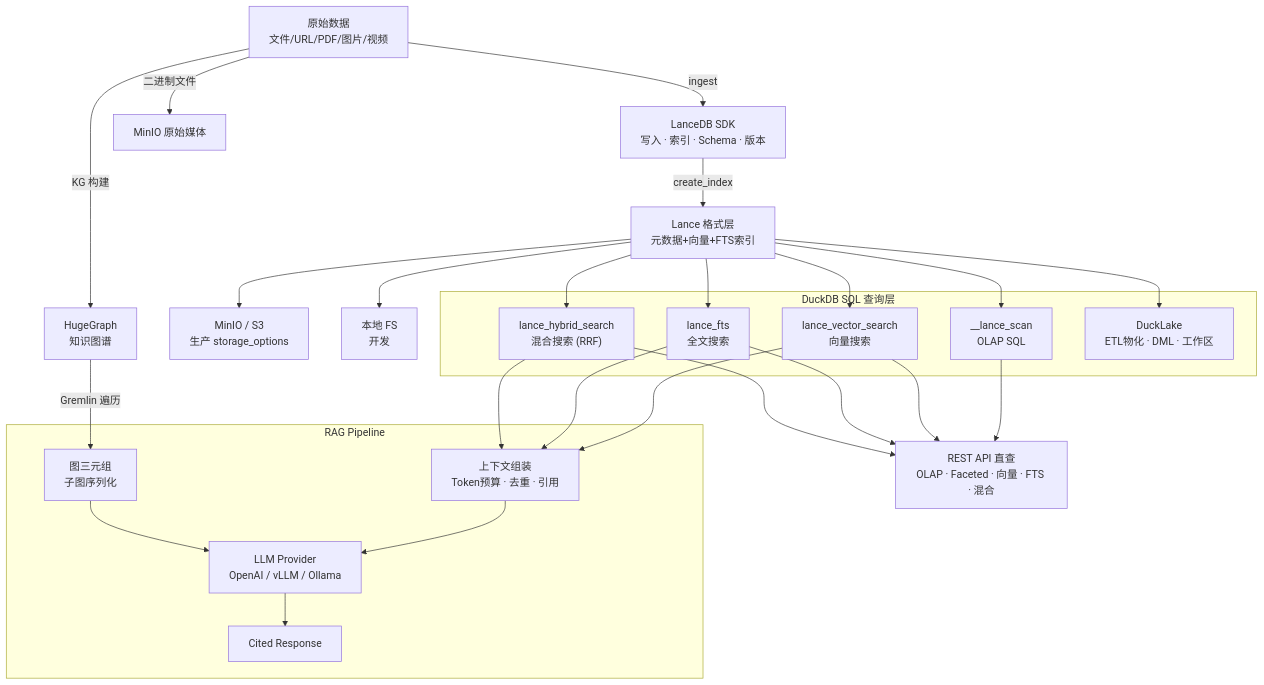
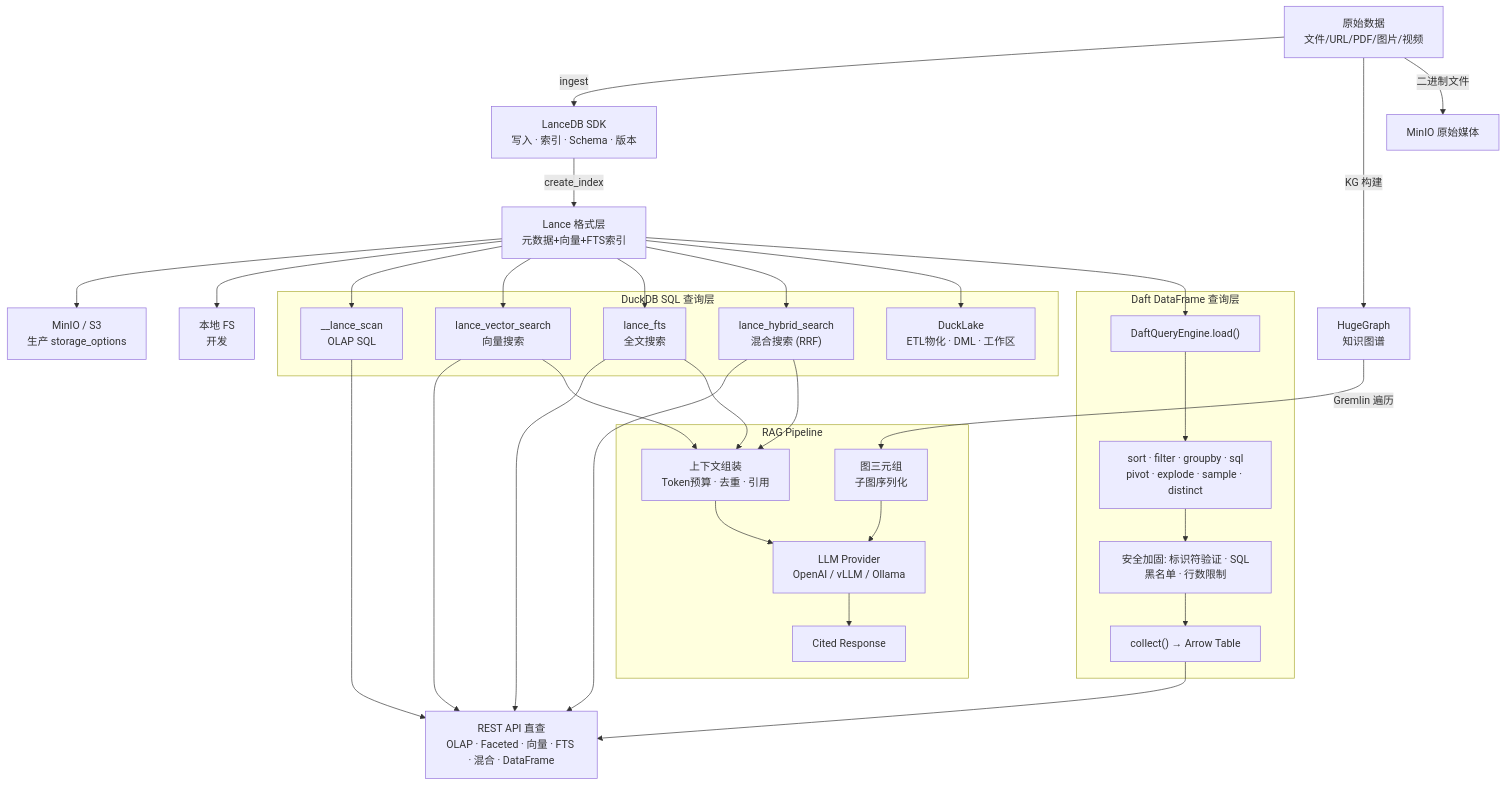
The third of 12 diagrams in docs/design_plan/architecture-overview.md (witsmaotech/arrow-lake), drawn with Mermaid before and after one commit. The commit also changed other lines of this file, not shown here.

First line of the commit message:
docs: 更新总体架构图 — Daft 查询引擎角色升级

````diff
--- a/docs/design_plan/architecture-overview.md
+++ b/docs/design_plan/architecture-overview.md
@@ -273,47 +326,57 @@
 ```mermaid
 flowchart TD
     RawData["原始数据<br/>文件/URL/PDF/图片/视频"]
 
     RawData -->|ingest| LanceSDK["LanceDB SDK<br/>写入 · 索引 · Schema · 版本"]
     LanceSDK -->|create_index| LanceLayer["Lance 格式层<br/>元数据+向量+FTS索引"]
     LanceLayer --> MinIO["MinIO / S3<br/>生产 storage_options"]
     LanceLayer --> LocalFS["本地 FS<br/>开发"]
     RawData -->|KG 构建| HG["HugeGraph<br/>知识图谱"]
     RawData -->|二进制文件| MinIOMedia["MinIO 原始媒体"]
 
     subgraph QueryLayer["DuckDB SQL 查询层"]
         Scan["__lance_scan<br/>OLAP SQL"]
         VecSearch["lance_vector_search<br/>向量搜索"]
         FTS["lance_fts<br/>全文搜索"]
         Hybrid["lance_hybrid_search<br/>混合搜索 (RRF)"]
         DuckLakeETL["DuckLake<br/>ETL物化 · DML · 工作区"]
     end
 
+    subgraph DaftQuery["Daft DataFrame 查询层"]
+        DaftLoad["DaftQueryEngine.load()"]
+        DaftOps["sort · filter · groupby · sql<br/>pivot · explode · sample · distinct"]
+        DaftSafe["安全加固: 标识符验证 · SQL黑名单 · 行数限制"]
+        DaftCollect["collect() → Arrow Table"]
+        DaftLoad --> DaftOps --> DaftSafe --> DaftCollect
+    end
+
     LanceLayer --> Scan
     LanceLayer --> VecSearch
     LanceLayer --> FTS
     LanceLayer --> Hybrid
     LanceLayer --> DuckLakeETL
+    LanceLayer --> DaftLoad
 
-    RESTOut["REST API 直查<br/>OLAP · Faceted · 向量 · FTS · 混合"]
+    RESTOut["REST API 直查<br/>OLAP · Faceted · 向量 · FTS · 混合 · DataFrame"]
     Scan --> RESTOut
     VecSearch --> RESTOut
     FTS --> RESTOut
     Hybrid --> RESTOut
+    DaftCollect --> RESTOut
 
     subgraph RAGPipeline["RAG Pipeline"]
         Context["上下文组装<br/>Token预算 · 去重 · 引用"]
         GraphT["图三元组<br/>子图序列化"]
         LLM["LLM Provider<br/>OpenAI / vLLM / Ollama"]
         Response["Cited Response"]
     end
 
     VecSearch --> Context
     FTS --> Context
     Hybrid --> Context
     HG -->|Gremlin 遍历| GraphT
 
     Context --> LLM
     GraphT --> LLM
     LLM --> Response
 ```
````
